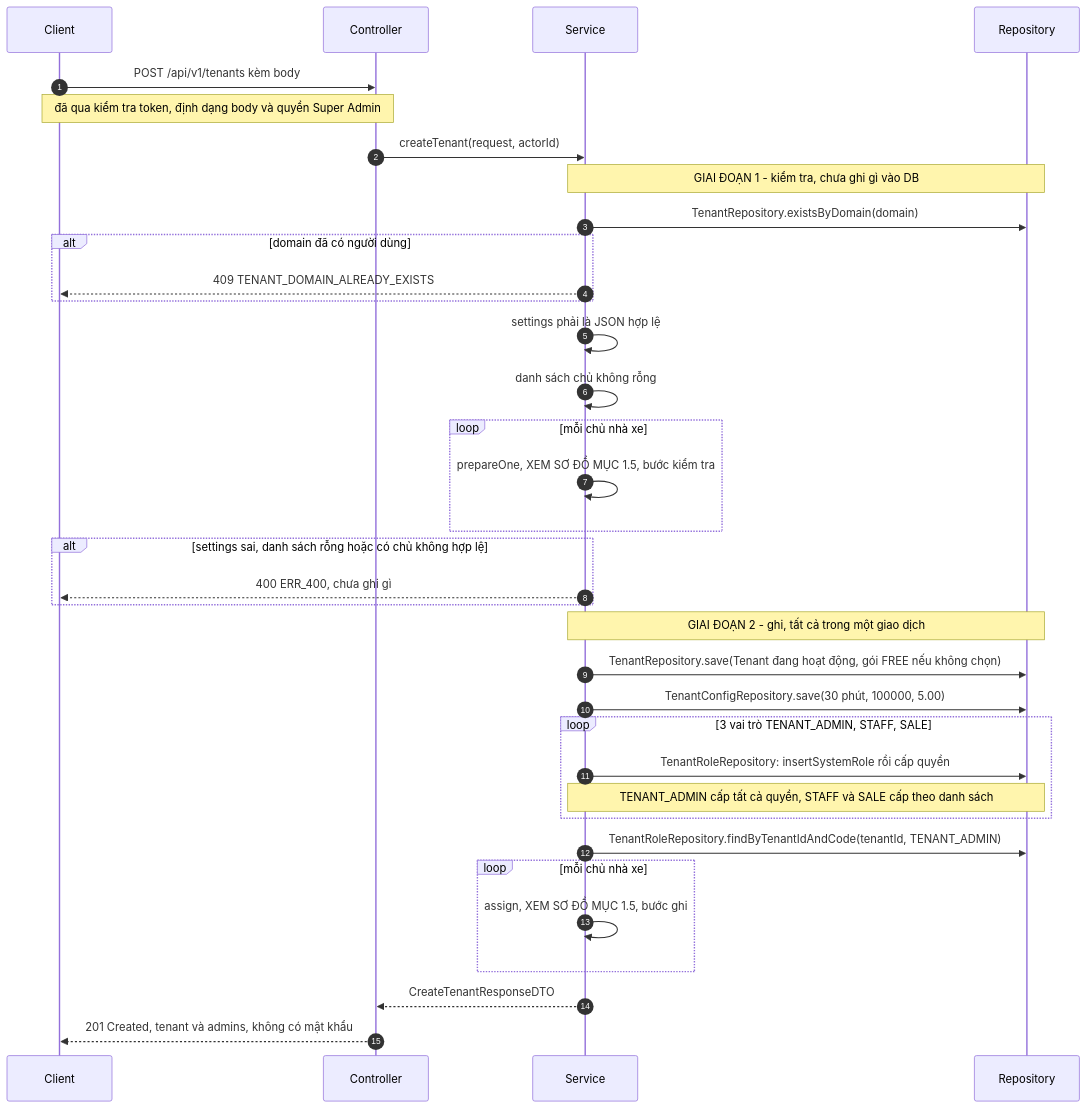
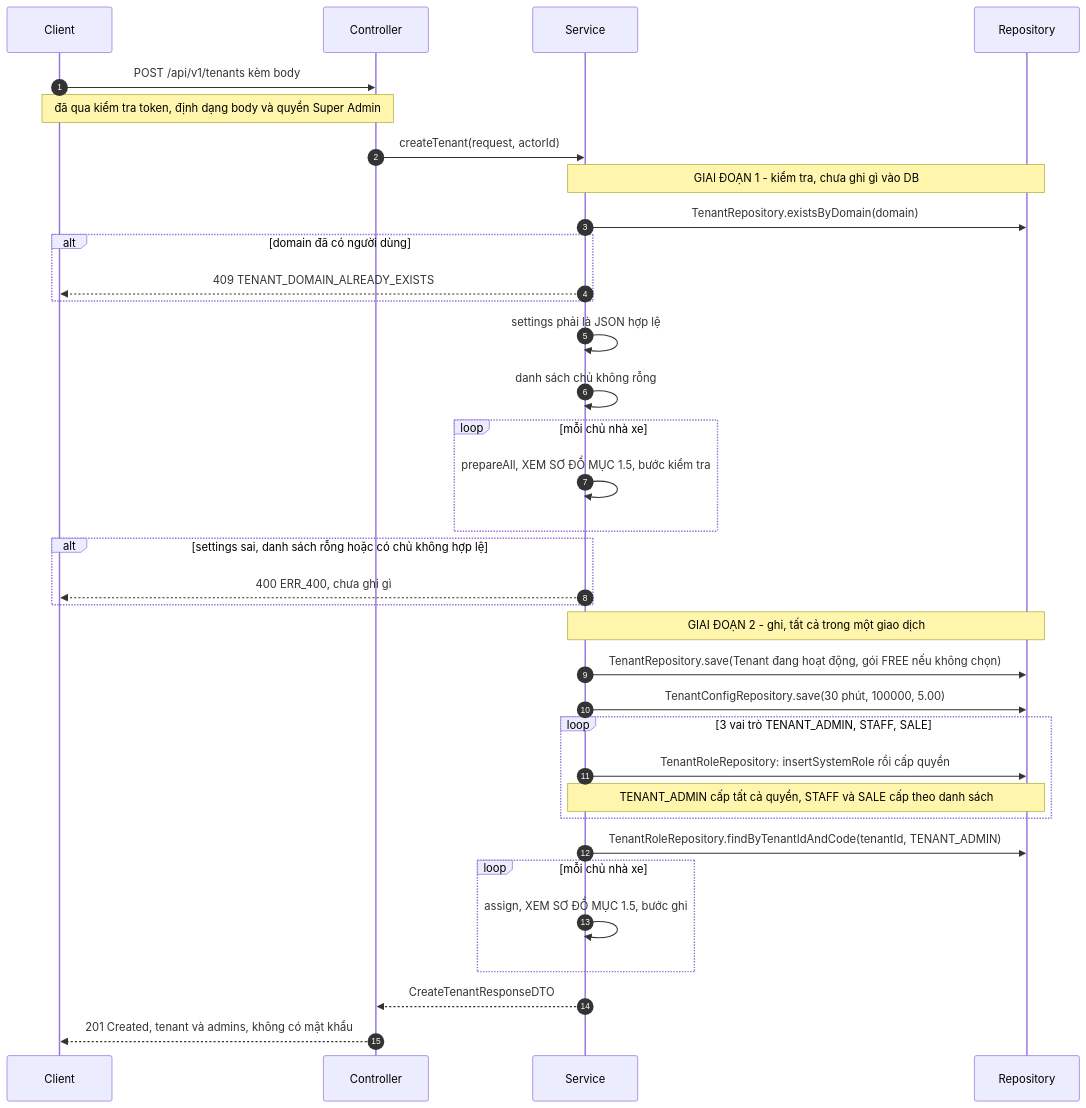
One commit to foodboi88/car-rental-saas changed the third of 11 diagrams in docs/plans/tenant/2026-10-19-tenant-api-spec.md. Above: the diagram before and after it, drawn with Mermaid. The commit also changed other lines of this file and 2 other files, not shown here.

First line of the commit message:
feature/huynq7-frontend: cập nhật tài liệu theo bản làm gọn và lỗi 500 của API tra cứu

````diff
--- a/docs/plans/tenant/2026-10-19-tenant-api-spec.md
+++ b/docs/plans/tenant/2026-10-19-tenant-api-spec.md
@@ -152,37 +152,37 @@
 ```mermaid
 sequenceDiagram
   autonumber
   participant C as Client
   participant K as Controller
   participant S as Service
   participant R as Repository
   C->>K: POST /api/v1/tenants kèm body
   Note over C,K: đã qua kiểm tra token, định dạng body và quyền Super Admin
   K->>S: createTenant(request, actorId)
   Note over S,R: GIAI ĐOẠN 1 - kiểm tra, chưa ghi gì vào DB
   S->>R: TenantRepository.existsByDomain(domain)
   alt domain đã có người dùng
     S-->>C: 409 TENANT_DOMAIN_ALREADY_EXISTS
   end
   S->>S: settings phải là JSON hợp lệ
   S->>S: danh sách chủ không rỗng
   loop mỗi chủ nhà xe
-    S->>S: prepareOne, XEM SƠ ĐỒ MỤC 1.5, bước kiểm tra
+    S->>S: prepareAll, XEM SƠ ĐỒ MỤC 1.5, bước kiểm tra
   end
   alt settings sai, danh sách rỗng hoặc có chủ không hợp lệ
     S-->>C: 400 ERR_400, chưa ghi gì
   end
   Note over S,R: GIAI ĐOẠN 2 - ghi, tất cả trong một giao dịch
   S->>R: TenantRepository.save(Tenant đang hoạt động, gói FREE nếu không chọn)
   S->>R: TenantConfigRepository.save(30 phút, 100000, 5.00)
   loop 3 vai trò TENANT_ADMIN, STAFF, SALE
     S->>R: TenantRoleRepository: insertSystemRole rồi cấp quyền
     Note over S,R: TENANT_ADMIN cấp tất cả quyền, STAFF và SALE cấp theo danh sách
   end
   S->>R: TenantRoleRepository.findByTenantIdAndCode(tenantId, TENANT_ADMIN)
   loop mỗi chủ nhà xe
     S->>S: assign, XEM SƠ ĐỒ MỤC 1.5, bước ghi
   end
   S-->>K: CreateTenantResponseDTO
   K-->>C: 201 Created, tenant và admins, không có mật khẩu
 ```
````
